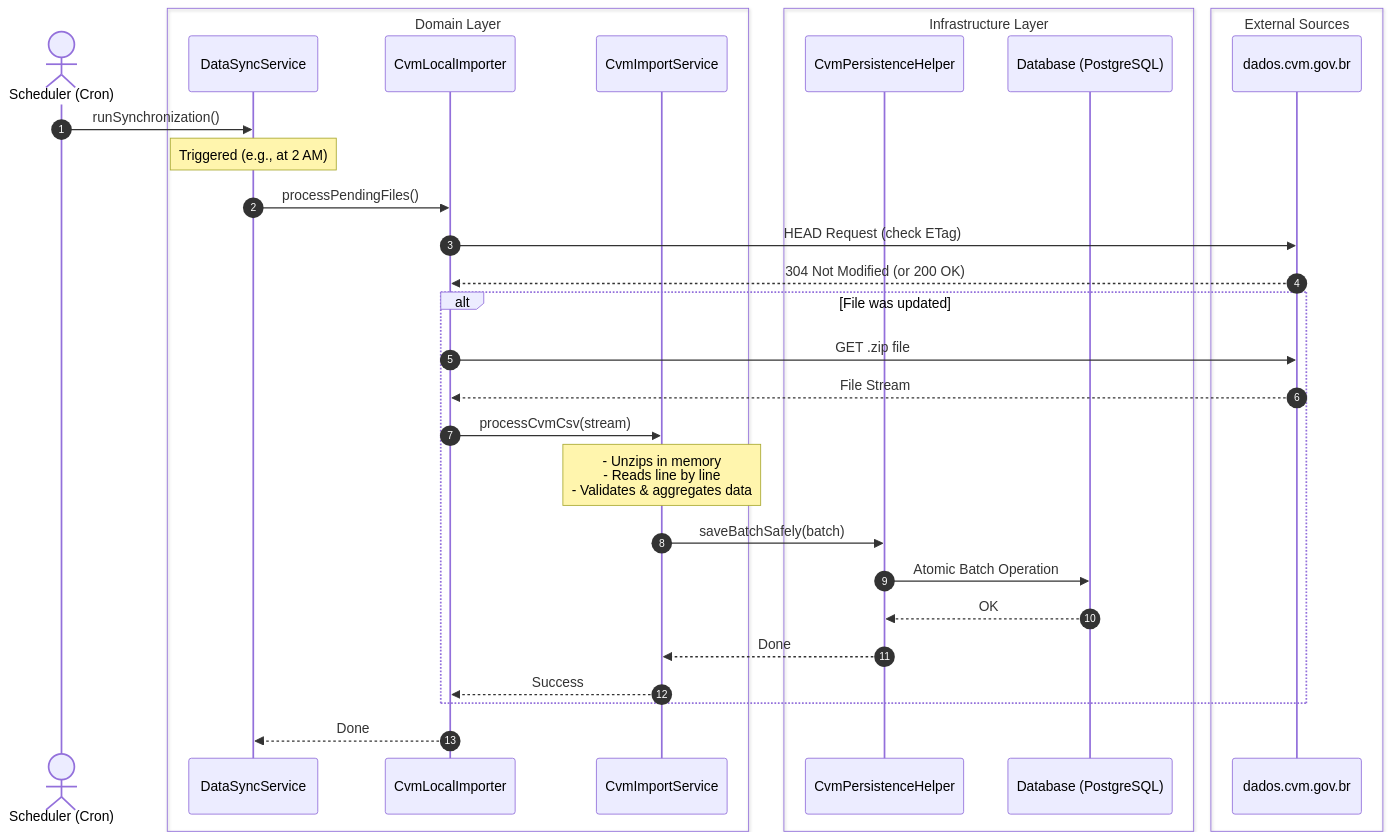
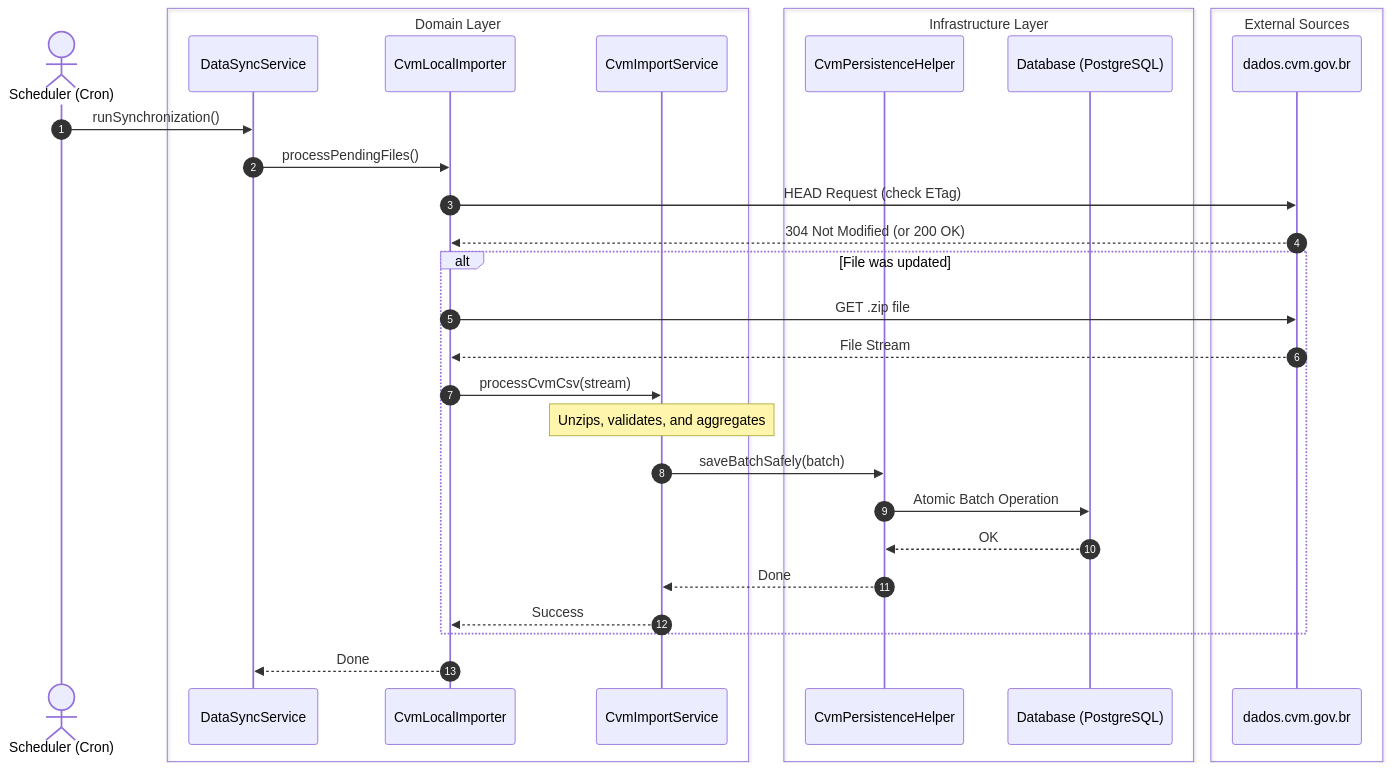
One commit to RaphaelFeijoSalles/acoes-ja-showcase changed the second of 2 diagrams in README-en.md. Above: the diagram before and after it, drawn with Mermaid. The commit also changed other lines of this file and 1 other file, not shown here.

````diff
--- a/README-en.md
+++ b/README-en.md
@@ -84,45 +136,34 @@
 ```mermaid
 sequenceDiagram
     autonumber
     actor Cron as Scheduler (Cron)
-    
     box Domain Layer
         participant Sync as DataSyncService
         participant Local as CvmLocalImporter
         participant ImportSvc as CvmImportService
     end
-    
     box Infrastructure Layer
         participant Helper as CvmPersistenceHelper
         participant DB as Database (PostgreSQL)
     end
-
     box External Sources
         participant CVM as dados.cvm.gov.br
     end
 
     Cron->>Sync: runSynchronization()
-    Note over Sync: Triggered (e.g., at 2 AM)
-    
     Sync->>Local: processPendingFiles()
-    
     Local->>CVM: HEAD Request (check ETag)
     CVM-->>Local: 304 Not Modified (or 200 OK)
-    
     alt File was updated
         Local->>CVM: GET .zip file
         CVM-->>Local: File Stream
-        
         Local->>ImportSvc: processCvmCsv(stream)
-        Note over ImportSvc: - Unzips in memory<br/>- Reads line by line<br/>- Validates & aggregates data
-        
+        Note over ImportSvc: Unzips, validates, and aggregates
         ImportSvc->>Helper: saveBatchSafely(batch)
         Helper->>DB: Atomic Batch Operation
         DB-->>Helper: OK
         Helper-->>ImportSvc: Done
-        
         ImportSvc-->>Local: Success
     end
-    
     Local-->>Sync: Done
 ```
````
